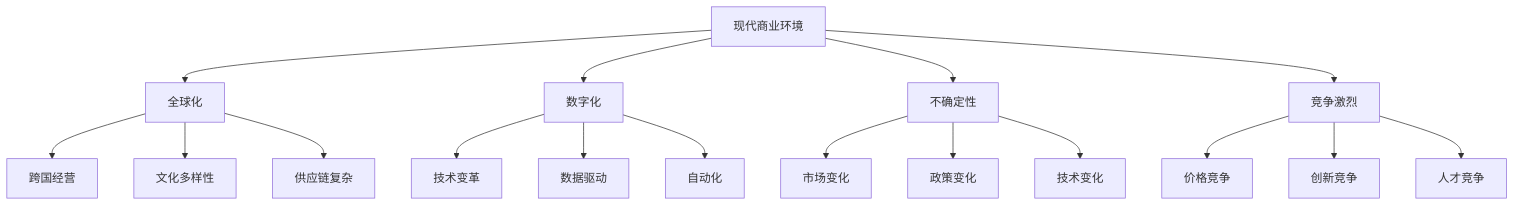
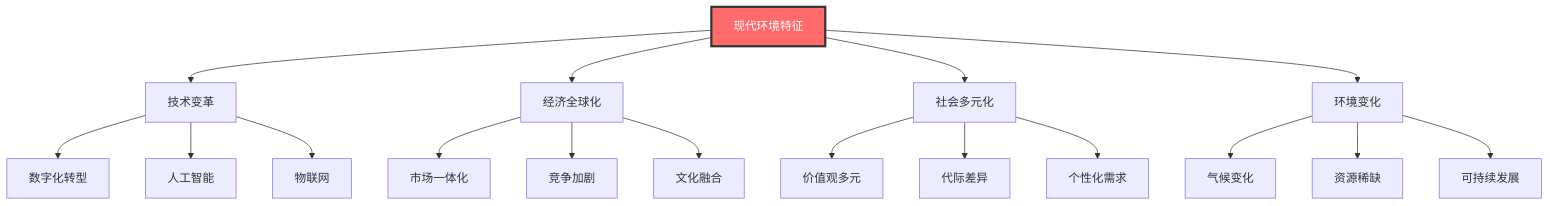
The first of 9 diagrams in 企业领导力/01-基础认知层/04-现代领导力挑战.md (Anping2017/obsidian), drawn with Mermaid before and after one commit. The commit also changed other lines of this file and 8 other files, not shown here.

````diff
--- a/企业领导力/01-基础认知层/04-现代领导力挑战.md
+++ b/企业领导力/01-基础认知层/04-现代领导力挑战.md
@@ -6,23 +6,25 @@
 ```mermaid
 graph TD
-    A[现代商业环境] --> B[全球化]
-    A --> C[数字化]
-    A --> D[不确定性]
-    A --> E[竞争激烈]
+    A[现代环境特征] --> B[技术变革]
+    A --> C[经济全球化]
+    A --> D[社会多元化]
+    A --> E[环境变化]
     
-    B --> B1[跨国经营]
-    B --> B2[文化多样性]
-    B --> B3[供应链复杂]
+    B --> B1[数字化转型]
+    B --> B2[人工智能]
+    B --> B3[物联网]
     
-    C --> C1[技术变革]
-    C --> C2[数据驱动]
-    C --> C3[自动化]
+    C --> C1[市场一体化]
+    C --> C2[竞争加剧]
+    C --> C3[文化融合]
     
-    D --> D1[市场变化]
-    D --> D2[政策变化]
-    D --> D3[技术变化]
+    D --> D1[价值观多元]
+    D --> D2[代际差异]
+    D --> D3[个性化需求]
     
-    E --> E1[价格竞争]
-    E --> E2[创新竞争]
-    E --> E3[人才竞争]
+    E --> E1[气候变化]
+    E --> E2[资源稀缺]
+    E --> E3[可持续发展]
+    
+    style A fill:#ff6b6b,stroke:#333,stroke-width:3px,color:#fff
 ```
````
